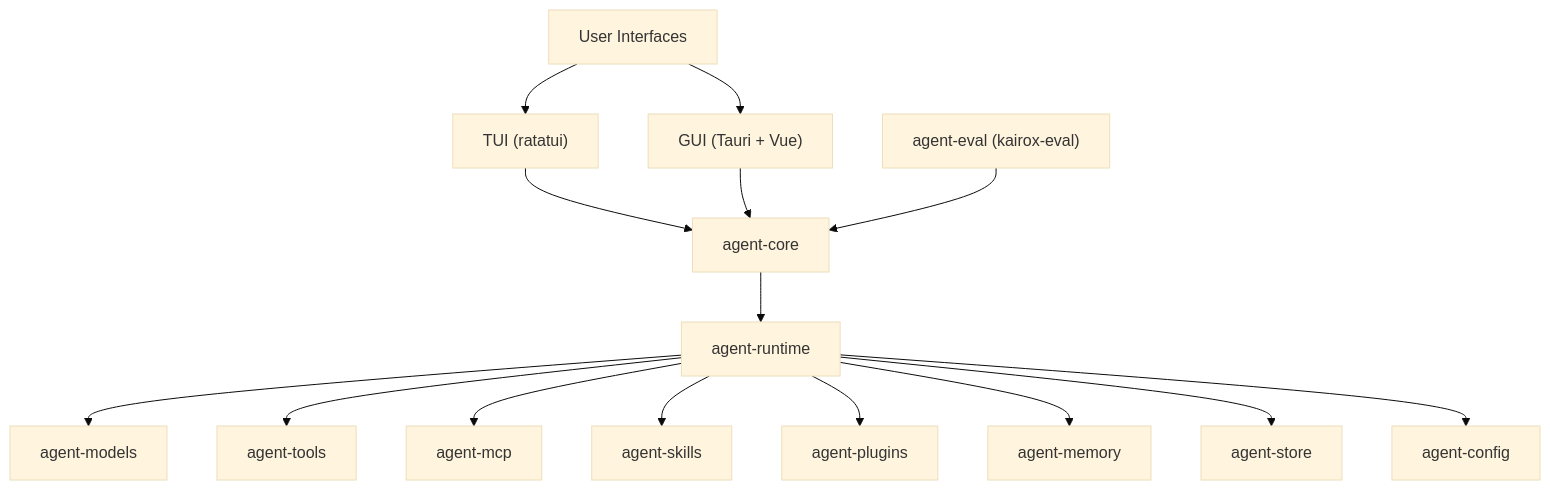
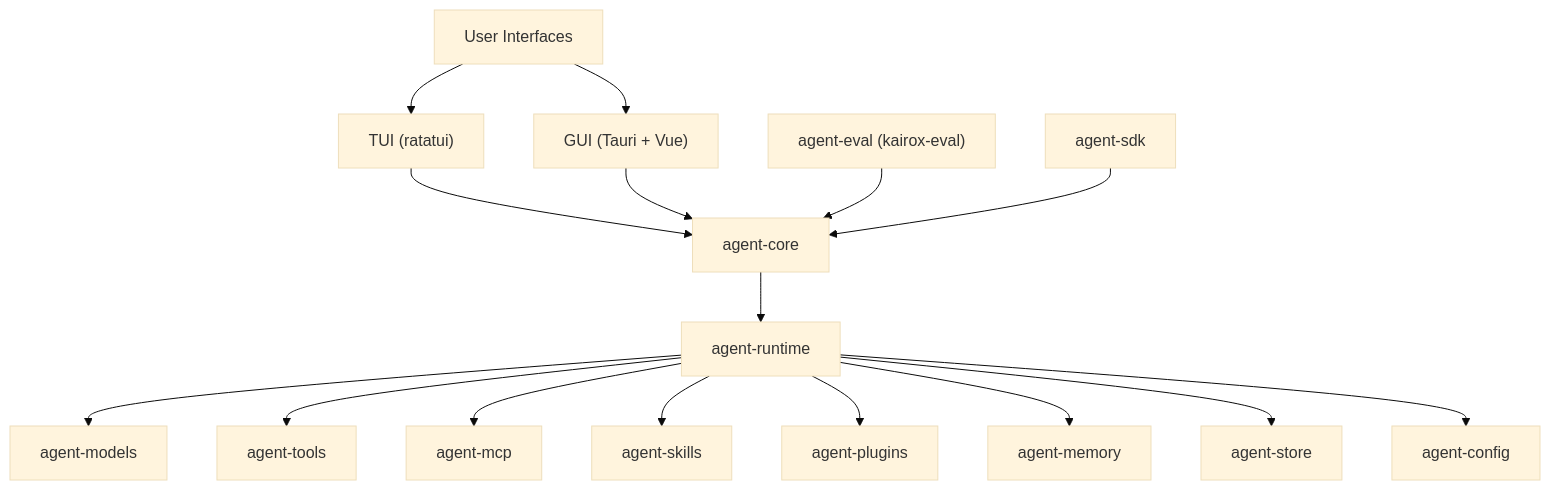
One commit to Z-Only/kairox changed the diagram in README.md. Above: the diagram before and after it, drawn with Mermaid (base theme). The commit also changed other lines of this file and 14 other files, not shown here.

````diff
--- a/README.md
+++ b/README.md
@@ -26,32 +26,34 @@
 ```mermaid
 graph TD
     UI["User Interfaces"]
     TUI["TUI (ratatui)"]
     GUI["GUI (Tauri + Vue)"]
     EVAL["agent-eval (kairox-eval)"]
+    SDK["agent-sdk"]
     CORE["agent-core"]
     RUNTIME["agent-runtime"]
     MODELS["agent-models"]
     TOOLS["agent-tools"]
     MCP["agent-mcp"]
     SKILLS["agent-skills"]
     PLUGINS["agent-plugins"]
     MEMORY["agent-memory"]
     STORE["agent-store"]
     CONFIG["agent-config"]
 
     UI --> TUI
     UI --> GUI
     TUI --> CORE
     GUI --> CORE
     EVAL --> CORE
+    SDK --> CORE
     CORE --> RUNTIME
     RUNTIME --> MODELS
     RUNTIME --> TOOLS
     RUNTIME --> MCP
     RUNTIME --> SKILLS
     RUNTIME --> PLUGINS
     RUNTIME --> MEMORY
     RUNTIME --> STORE
     RUNTIME --> CONFIG
 ```
````
